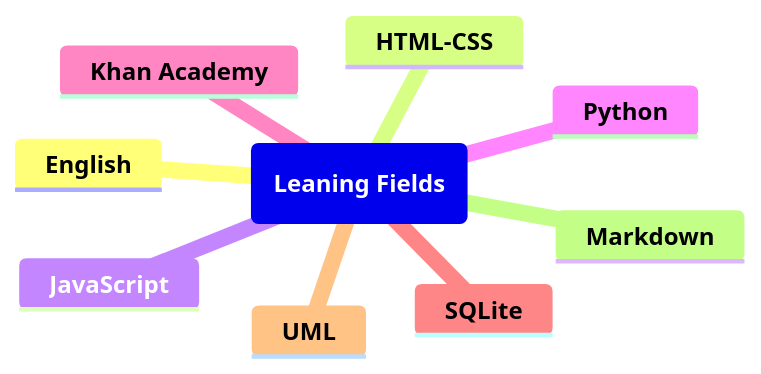
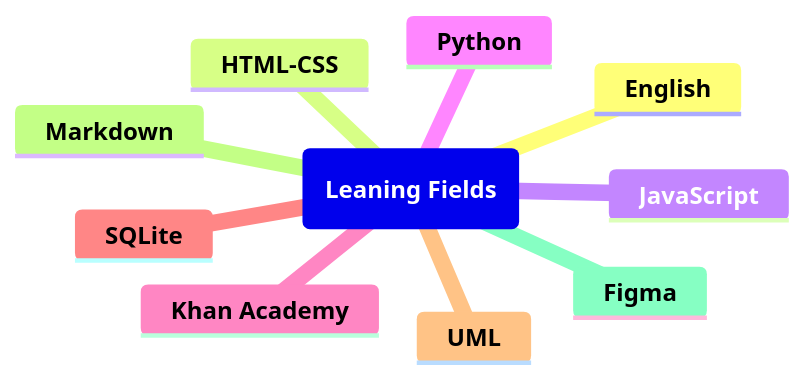
The diagram in README.md (MarvinSilcGit/Learning), drawn with Mermaid before and after one commit.

````diff
--- a/README.md
+++ b/README.md
@@ -3,13 +3,13 @@
 ```mermaid
 mindmap
   root(**Leaning Fields**)
     **English**
     **HTML-CSS**
     **JavaScript**
     **Python**
     **Khan Academy**
     **SQLite**
     **UML**
     **Markdown**
-    
+    **Figma**
 ```
````
